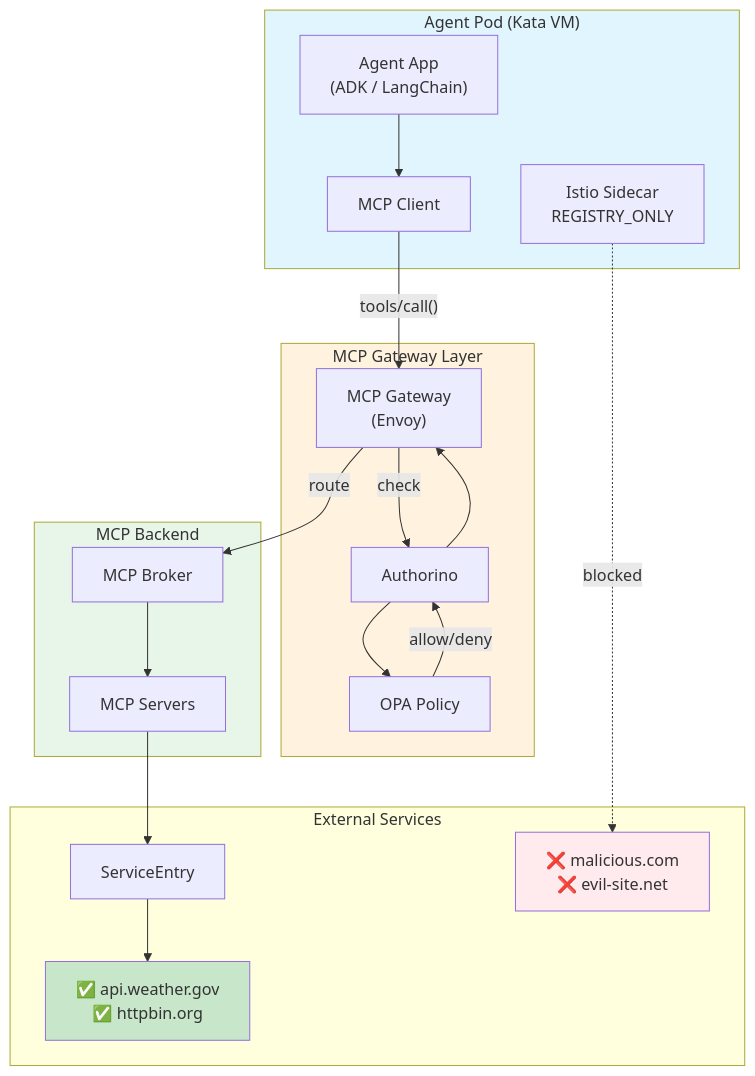
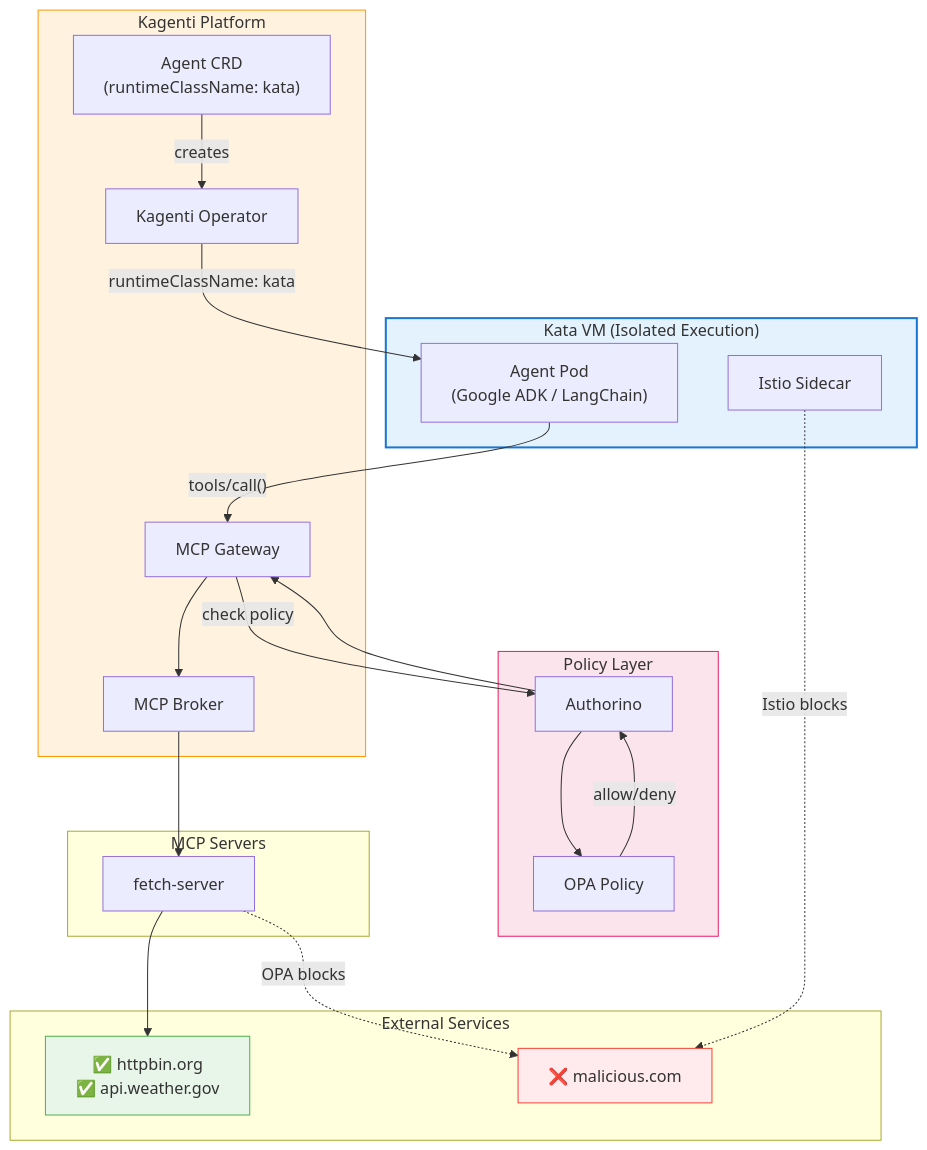
The first of 2 diagrams in README.md (rrbanda/agent-sandbox-ocp), drawn with Mermaid before and after one commit. The commit also changed other lines of this file and 1 other file, not shown here.

Commit message:
Fix architecture diagram to show Kagenti Agent CRD + Kata
- Shows Kagenti Operator creating agent pod
- Shows Agent CRD with runtimeClassName: kata
- Clarifies that agent runs inside Kata VM
- Updated request flow to show deployment via Kagenti

````diff
--- a/README.md
+++ b/README.md
@@ -26,44 +26,52 @@
 ```mermaid
 flowchart TB
-    subgraph AgentPod["Agent Pod (Kata VM)"]
-        Agent["Agent App<br/>(ADK / LangChain)"]
-        MCP_Client["MCP Client"]
-        Sidecar["Istio Sidecar<br/>REGISTRY_ONLY"]
+    subgraph Kagenti["Kagenti Platform"]
+        Operator["Kagenti Operator"]
+        AgentCRD["Agent CRD<br/>(runtimeClassName: kata)"]
+        MCPGateway["MCP Gateway"]
+        Broker["MCP Broker"]
     end
 
-    subgraph Gateway["MCP Gateway Layer"]
-        MCPGateway["MCP Gateway<br/>(Envoy)"]
+    subgraph KataVM["Kata VM (Isolated Execution)"]
+        AgentPod["Agent Pod<br/>(Google ADK / LangChain)"]
+        Sidecar["Istio Sidecar"]
+    end
+
+    subgraph Policy["Policy Layer"]
         Authorino["Authorino"]
         OPA["OPA Policy"]
     end
 
-    subgraph Backend["MCP Backend"]
-        Broker["MCP Broker"]
-        MCPServer["MCP Servers"]
+    subgraph MCPServers["MCP Servers"]
+        FetchServer["fetch-server"]
     end
 
     subgraph External["External Services"]
-        ServiceEntry["ServiceEntry"]
-        ApprovedAPIs["✅ api.weather.gov<br/>✅ httpbin.org"]
-        BlockedAPIs["❌ malicious.com<br/>❌ evil-site.net"]
+        Approved["✅ httpbin.org<br/>✅ api.weather.gov"]
+        Blocked["❌ malicious.com"]
     end
 
-    Agent --> MCP_Client
-    MCP_Client -->|"tools/call()"| MCPGateway
-    MCPGateway -->|"check"| Authorino
+    %% Kagenti creates agent in Kata VM
+    AgentCRD -->|"creates"| Operator
+    Operator -->|"runtimeClassName: kata"| AgentPod
+    
+    %% Tool calls flow through MCP Gateway
+    AgentPod -->|"tools/call()"| MCPGateway
+    MCPGateway -->|"check policy"| Authorino
     Authorino --> OPA
     OPA -->|"allow/deny"| Authorino
     Authorino --> MCPGateway
-    MCPGateway -->|"route"| Broker
-    Broker --> MCPServer
-    MCPServer --> ServiceEntry
-    ServiceEntry --> ApprovedAPIs
+    MCPGateway --> Broker
+    Broker --> FetchServer
+    FetchServer --> Approved
+    
+    %% Blocked paths
+    FetchServer -.->|"OPA blocks"| Blocked
+    Sidecar -.->|"Istio blocks"| Blocked
 
-    Sidecar -.->|"blocked"| BlockedAPIs
-
-    style AgentPod fill:#e1f5fe
-    style Gateway fill:#fff3e0
-    style Backend fill:#e8f5e9
-    style BlockedAPIs fill:#ffebee
-    style ApprovedAPIs fill:#c8e6c9
+    style KataVM fill:#e3f2fd,stroke:#1976d2,stroke-width:2px
+    style Kagenti fill:#fff3e0,stroke:#ff9800
+    style Policy fill:#fce4ec,stroke:#e91e63
+    style Blocked fill:#ffebee,stroke:#f44336
+    style Approved fill:#e8f5e9,stroke:#4caf50
 ```
````
